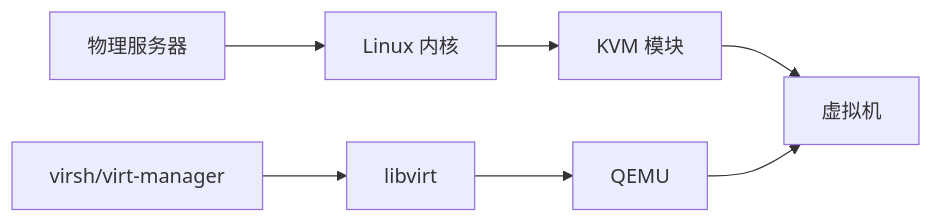
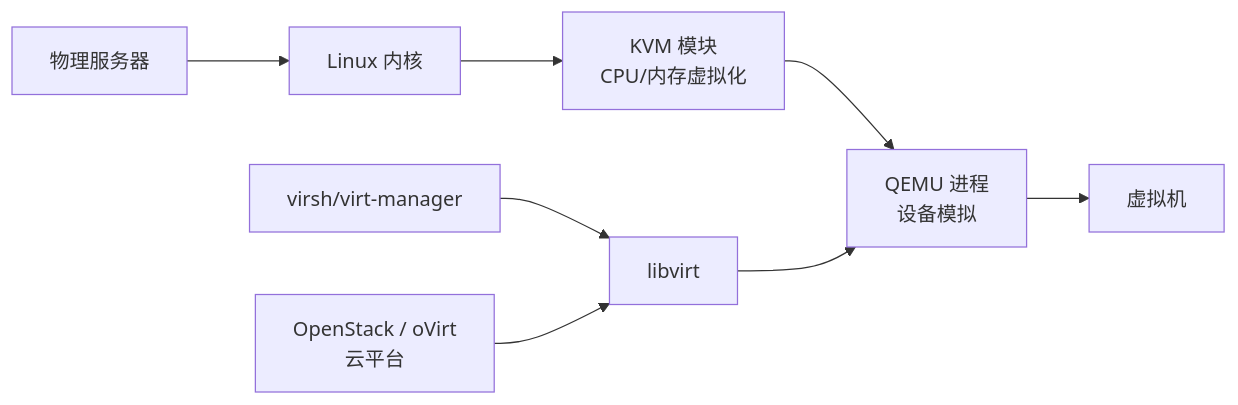
One commit to before80/prgms changed the fourth of 4 diagrams in content/linux/virtualization/Chapter-69-KVM-QEMU.md. Above: the diagram before and after it, drawn with Mermaid. The commit also changed other lines of this file and 1645 other files, not shown here.

````diff
--- a/content/linux/virtualization/Chapter-69-KVM-QEMU.md
+++ b/content/linux/virtualization/Chapter-69-KVM-QEMU.md
@@ -674,9 +880,10 @@
 ```mermaid
 graph LR
     A[物理服务器] --> B[Linux 内核]
-    B --> C[KVM 模块]
-    C --> D[虚拟机]
-    E[QEMU] --> D
-    F[libvirt] --> E
+    B --> C[KVM 模块<br/>CPU/内存虚拟化]
+    C --> D[QEMU 进程<br/>设备模拟]
+    D --> E[虚拟机]
+    F[libvirt] --> D
     G[virsh/virt-manager] --> F
+    H[OpenStack / oVirt<br/>云平台] --> F
 ```
````
